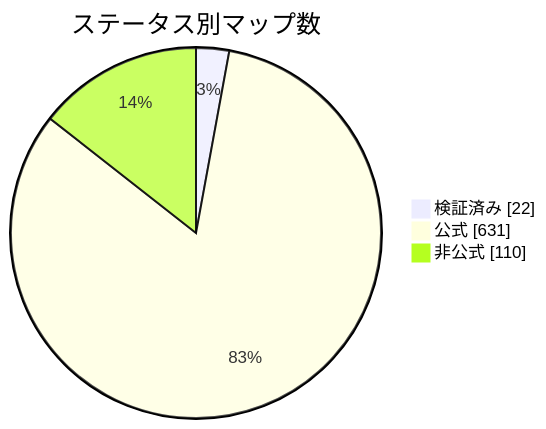
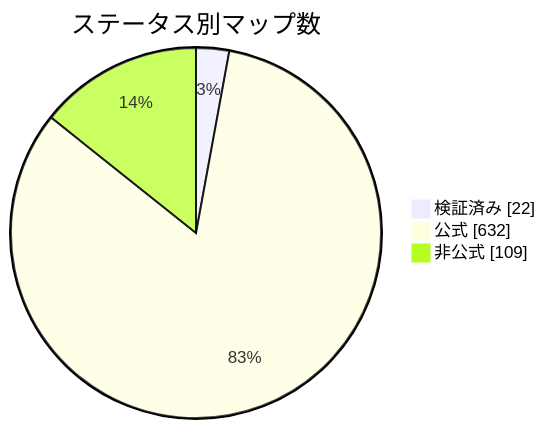
Before and after one commit to nobrega8/mbmap-library: the diagram in docs/readme/README_JP.md, drawn with Mermaid. The commit also changed 6 other files, not shown here.

````diff
--- a/docs/readme/README_JP.md
+++ b/docs/readme/README_JP.md
@@ -54,7 +54,7 @@
 ```mermaid
 pie showData
     title ステータス別マップ数
     "検証済み" : 22
-    "公式" : 631
-    "非公式" : 110
+    "公式" : 632
+    "非公式" : 109
 ```
````
